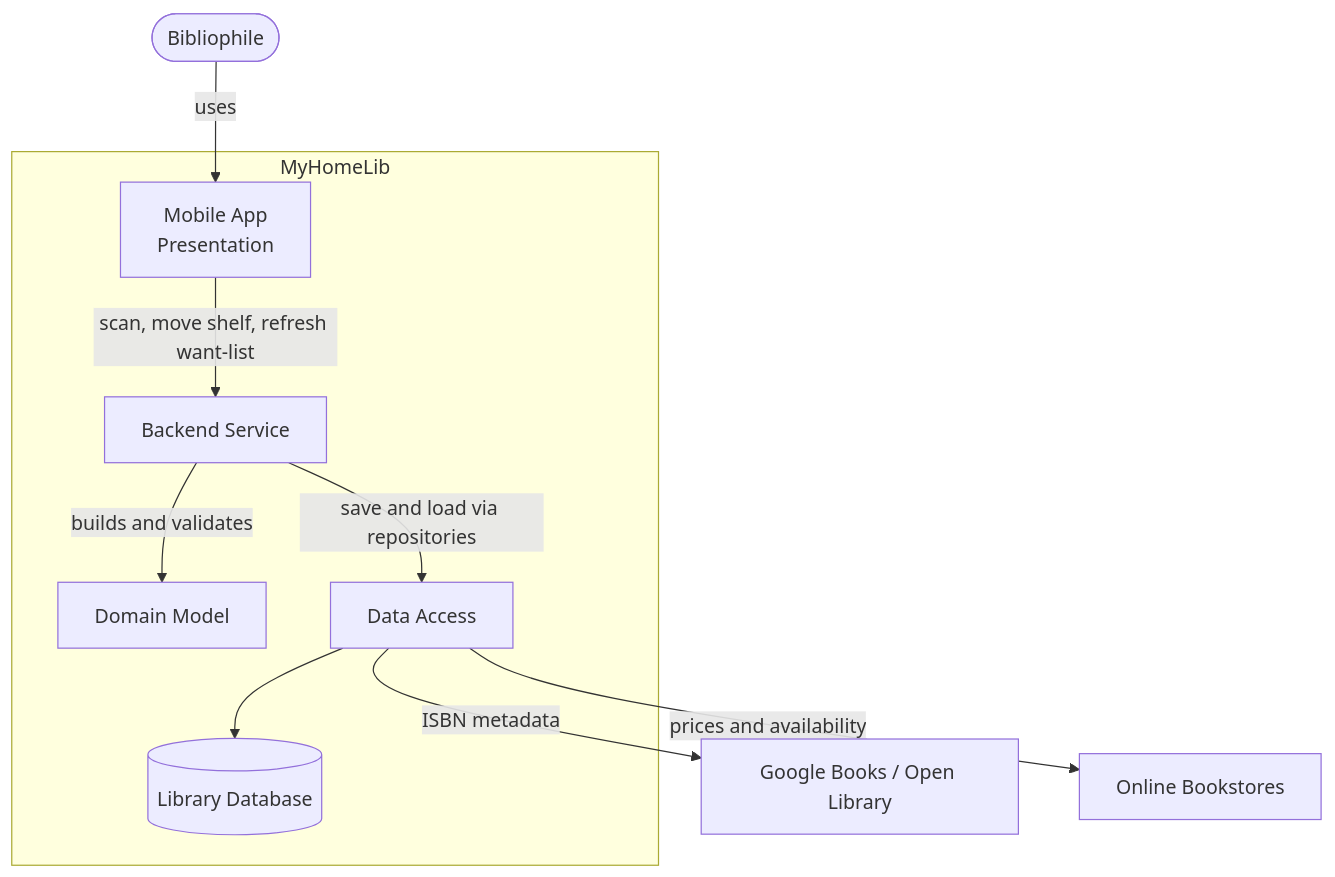
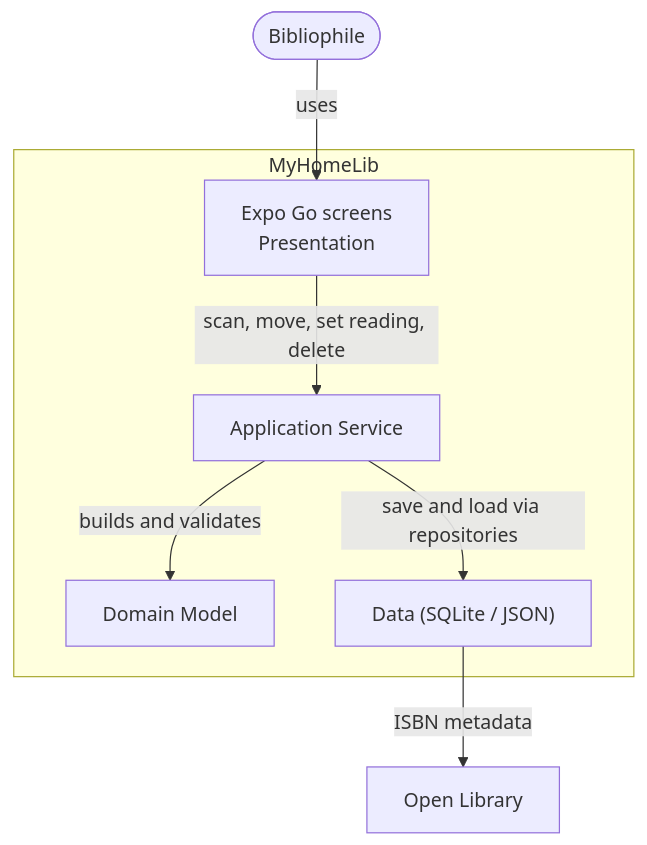
The second of 4 diagrams in README.md (ghechavarria/cen5064-project-hechavarria), drawn with Mermaid before and after one commit. The commit also changed other lines of this file and 67 other files, not shown here.

Commit message:
Initial Architecture/Logic and Design Creation #3 Issue

````diff
--- a/README.md
+++ b/README.md
@@ -46,17 +48,14 @@
 ```mermaid
 flowchart TB
     user([Bibliophile]) -->|uses| ui
     subgraph MyHomeLib [MyHomeLib]
-        ui[Mobile App<br/>Presentation]
-        service[Backend Service]
+        ui["Expo Go screens\nPresentation"]
+        service[Application Service]
         domain[Domain Model]
-        data[Data Access]
-        db[(Library Database)]
-        ui -->|scan, move shelf, refresh want-list| service
+        data["Data (SQLite / JSON)"]
+        ui -->|scan, move, set reading, delete| service
         service -->|builds and validates| domain
         service -->|save and load via repositories| data
-        data --> db
     end
-    data -->|ISBN metadata| isbnApi[Google Books / Open Library]
-    data -->|prices and availability| stores[Online Bookstores]
+    data -->|ISBN metadata| isbnApi[Open Library]
 ```
````
